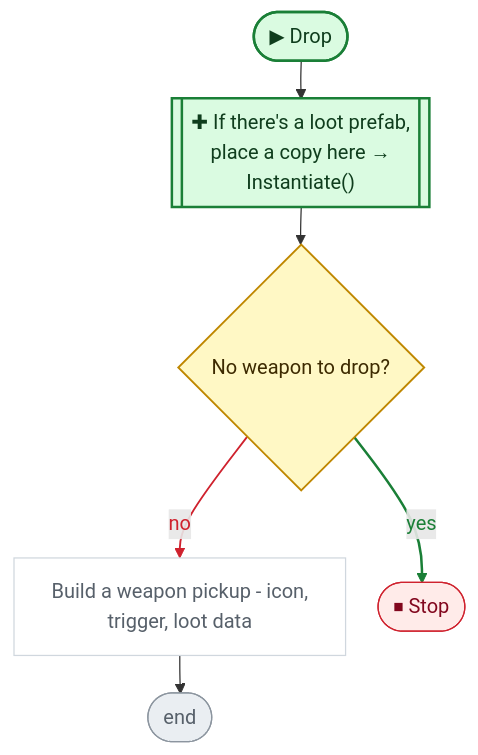
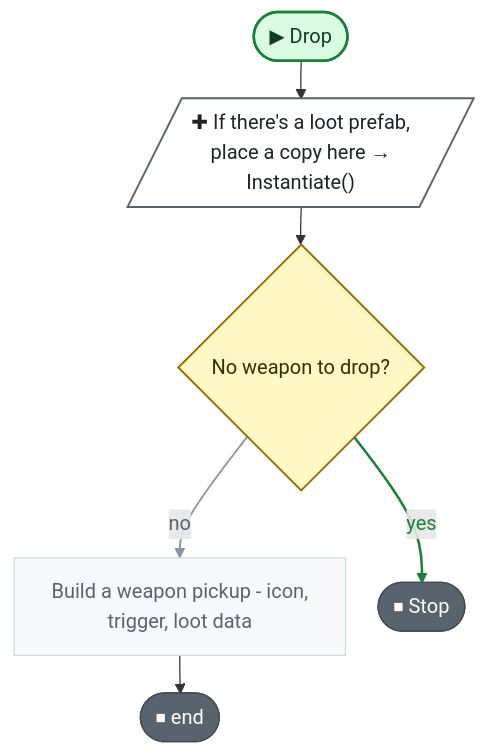
Before and after one commit to nataiai/Lord-of-the-Dungeon: the seventh of 7 diagrams in CodeGraph~/graph/Loot.cs.md, drawn with Mermaid. The commit also changed other lines of this file and 57 other files, not shown here.

````diff
--- a/CodeGraph~/graph/Loot.cs.md
+++ b/CodeGraph~/graph/Loot.cs.md
@@ -370,43 +387,43 @@
 ```mermaid
 ---
 config:
   flowchart:
     wrappingWidth: 260
     nodeSpacing: 26
     rankSpacing: 30
 ---
 flowchart TD
   nS(["▶ Drop"])
-  nb75b52[["✚ If there's a loot prefab,<br>place a copy here →<br>Instantiate()"]]
+  nb75b52[/"✚ If there's a loot prefab,<br>place a copy here →<br>Instantiate()"/]
   nc05090{"No weapon to drop?"}
   n86d921["Build a weapon pickup - icon,<br>trigger, loot data"]
-  nE(["end"])
+  nE(["⏹ end"])
   nb2e4fc(["⏹ Stop"])
   nS --> nb75b52
   nb75b52 --> nc05090
   nc05090 -->|no| n86d921
   nc05090 -->|yes| nb2e4fc
   n86d921 --> nE
-  linkStyle 2 stroke:#cf222e,stroke-width:1.5px,color:#cf222e
+  linkStyle 2 stroke:#8c959f,stroke-width:1.5px,color:#59636e
   linkStyle 3 stroke:#1a7f37,stroke-width:2px,color:#1a7f37
   classDef unity fill:#dafbe1,stroke:#1a7f37,stroke-width:2px,color:#0f3d1d
   classDef start fill:#dafbe1,stroke:#1a7f37,stroke-width:2px,color:#0f3d1d
-  classDef calc fill:#ffffff,stroke:#d0d7de,color:#57606a
+  classDef calc fill:#f6f8fa,stroke:#d1d9e0,color:#59636e
   classDef calls fill:#ddf4ff,stroke:#0969da,stroke-width:2px,color:#0a3069
-  classDef ext fill:#ddf4ff,stroke:#0969da,stroke-width:2px,stroke-dasharray:5 3,color:#0a3069
-  classDef cond fill:#fff8c5,stroke:#bf8700,stroke-width:1.5px,color:#3d2a00
-  classDef loop fill:#f6f8fa,stroke:#57606a,color:#1f2328
-  classDef exit fill:#ffebe9,stroke:#cf222e,color:#82071e
+  classDef ext fill:#f6f8fa,stroke:#59636e,stroke-width:1.5px,stroke-dasharray:5 5,color:#1f2328
+  classDef cond fill:#fff8c5,stroke:#9a6700,stroke-width:1.5px,color:#3d2a00
+  classDef loop fill:#fff8c5,stroke:#9a6700,color:#3d2a00
+  classDef wait fill:#fff8c5,stroke:#9a6700,color:#3d2a00
+  classDef exit fill:#59636e,stroke:#424a53,color:#ffffff
+  classDef fin fill:#59636e,stroke:#424a53,color:#ffffff
+  classDef act fill:#ffffff,stroke:#59636e,stroke-width:1.5px,color:#1f2328
   classDef kill fill:#ffebe9,stroke:#cf222e,stroke-width:2px,color:#82071e
-  classDef spawn fill:#dafbe1,stroke:#1a7f37,stroke-width:2px,color:#0f3d1d
-  classDef wait fill:#fff1e5,stroke:#bc4c00,color:#4d1d00
-  classDef fin fill:#eaeef2,stroke:#8c959f,color:#57606a
   classDef join fill:#d0d7de,stroke:#8c959f,color:#57606a
   classDef ghdr fill:#f5f9ff,stroke:#f5f9ff,color:#0a3069,font-weight:bold
+  class nb75b52 act
   class n86d921 calc
   class nc05090 cond
   class nb2e4fc exit
   class nE fin
-  class nb75b52 spawn
   class nS start
 ```
````
